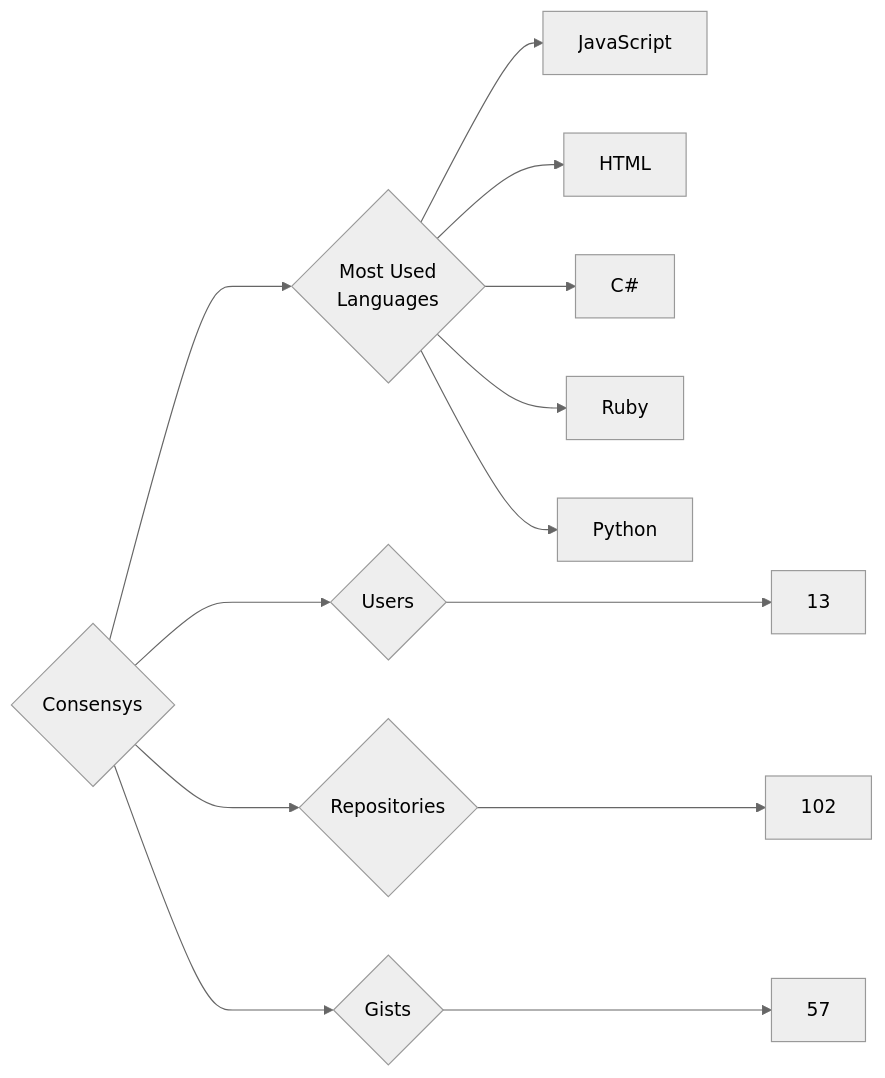
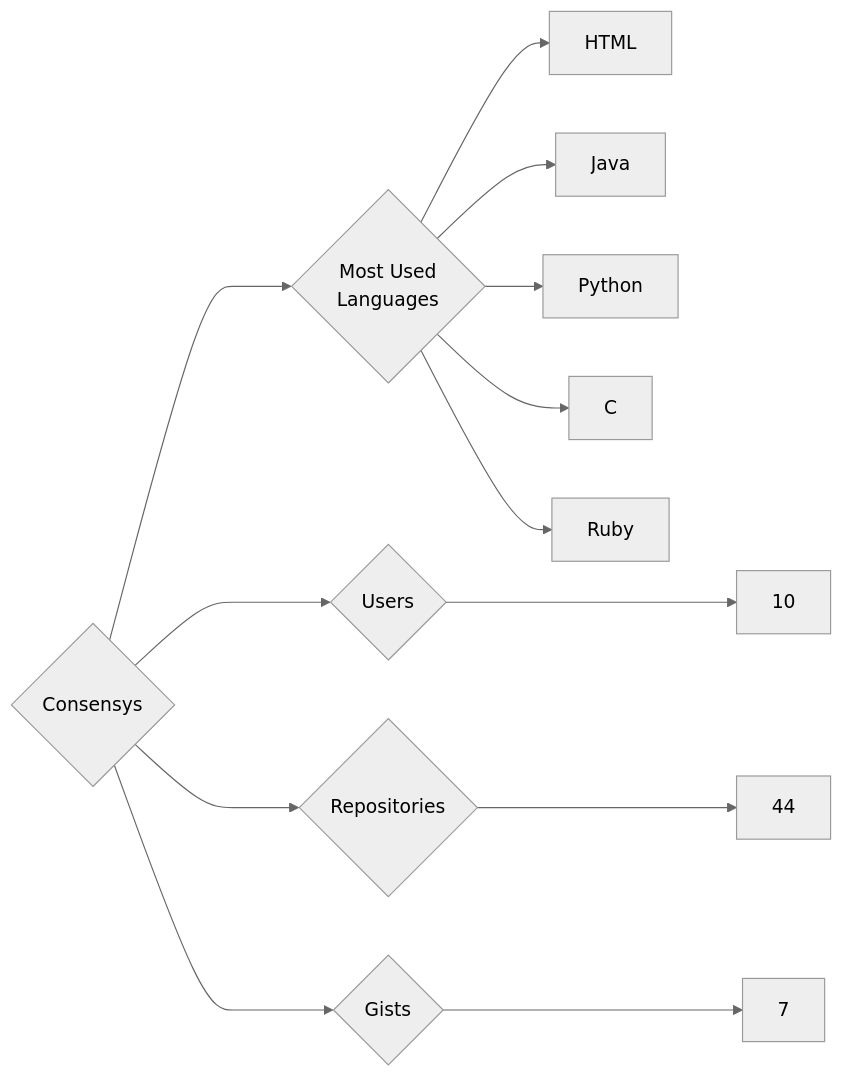
One commit to trickest/insiders changed the diagram in targets/Consensys/README.md. Above: the diagram before and after it, drawn with Mermaid (neutral theme). The commit also changed 1166 other files, not shown here.

````diff
--- a/targets/Consensys/README.md
+++ b/targets/Consensys/README.md
@@ -3,13 +3,13 @@
 ```mermaid
 graph LR
 COMPANY_NAME{Consensys}
-COMPANY_NAME ---> U{Users} ---> UN[13]
-COMPANY_NAME ---> R{Repositories} ---> RN[102]
-COMPANY_NAME ---> G{Gists} ---> GN[57]
+COMPANY_NAME ---> U{Users} ---> UN[10]
+COMPANY_NAME ---> R{Repositories} ---> RN[44]
+COMPANY_NAME ---> G{Gists} ---> GN[7]
 COMPANY_NAME ---> ML{Most Used<br>Languages}
-ML --> JavaScript[JavaScript]
 ML --> HTML[HTML]
-ML --> C#[C#]
+ML --> Java[Java]
+ML --> Python[Python]
+ML --> C[C]
 ML --> Ruby[Ruby]
-ML --> Python[Python]
 ```
````
